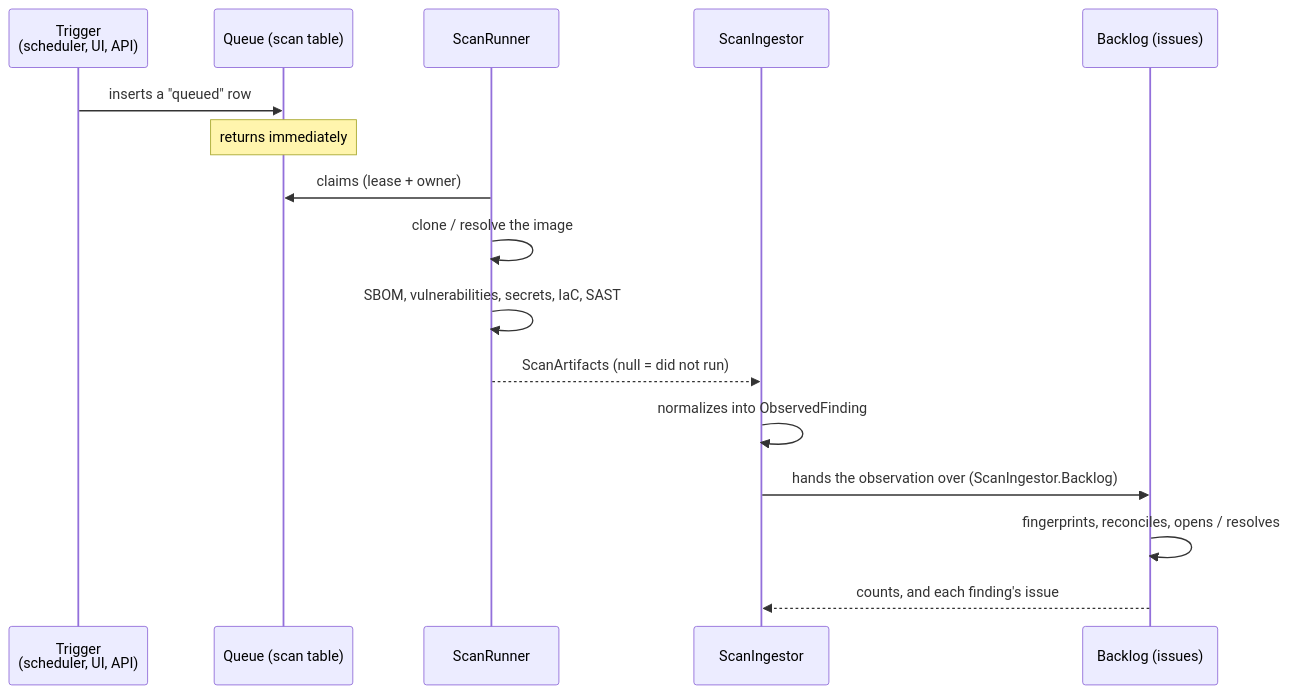
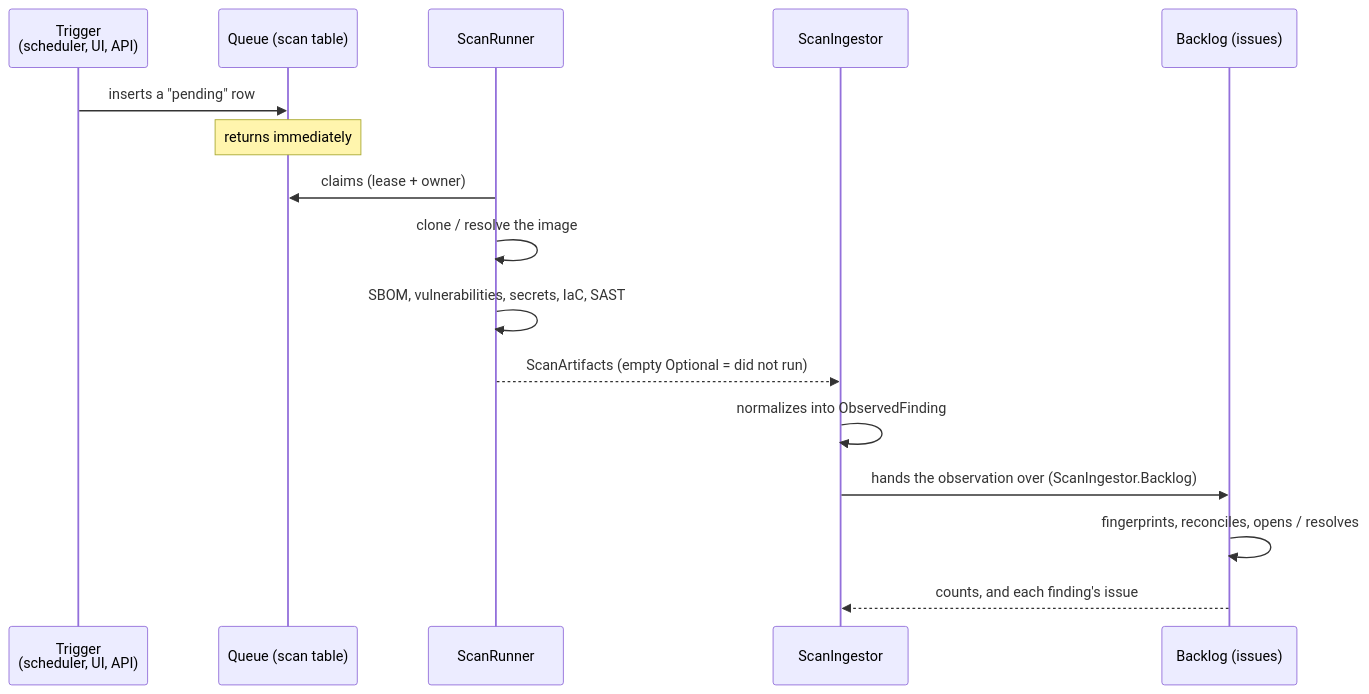
One commit to asmolabs/vectispire changed the second of 2 diagrams in docs/architecture/en/01-overview.md. Above: the diagram before and after it, drawn with Mermaid. The commit also changed 43 other files, not shown here.

````diff
--- a/docs/architecture/en/01-overview.md
+++ b/docs/architecture/en/01-overview.md
@@ -114,19 +114,19 @@
 ```mermaid
 sequenceDiagram
     participant D as Trigger<br/>(scheduler, UI, API)
     participant Q as Queue (scan table)
     participant R as ScanRunner
     participant I as ScanIngestor
     participant S as Backlog (issues)
 
-    D->>Q: inserts a "queued" row
+    D->>Q: inserts a "pending" row
     Note over Q: returns immediately
     R->>Q: claims (lease + owner)
     R->>R: clone / resolve the image
     R->>R: SBOM, vulnerabilities, secrets, IaC, SAST
-    R-->>I: ScanArtifacts (null = did not run)
+    R-->>I: ScanArtifacts (empty Optional = did not run)
     I->>I: normalizes into ObservedFinding
     I->>S: hands the observation over (ScanIngestor.Backlog)
     S->>S: fingerprints, reconciles, opens / resolves
     S-->>I: counts, and each finding's issue
 ```
````
